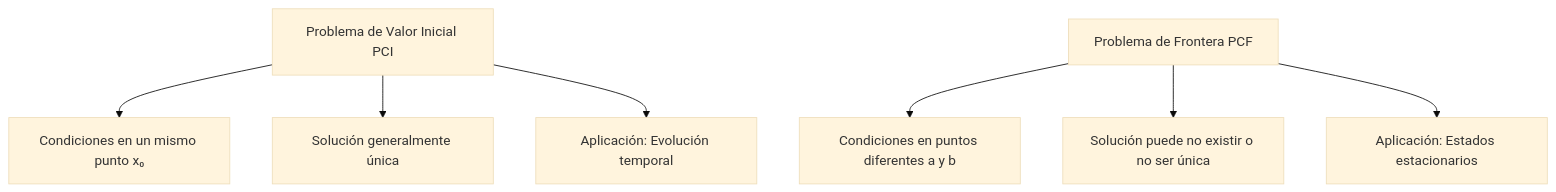
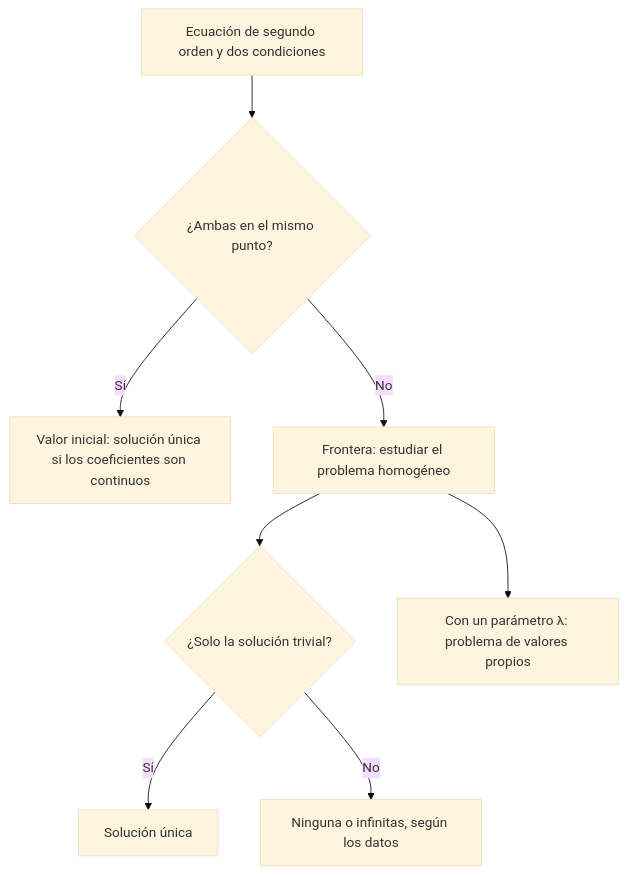
One commit to djaimej/computer-science-template changed the diagram in public/documents/semester-4/3/4331.md. Above: the diagram before and after it, drawn with Mermaid (base theme). The commit also changed other lines of this file and 4 other files, not shown here.

````diff
--- a/public/documents/semester-4/3/4331.md
+++ b/public/documents/semester-4/3/4331.md
@@ -45,10 +72,10 @@
 ```mermaid
 flowchart TD
-    A[Problema de Valor Inicial PCI] --> B[Condiciones en un mismo punto x₀]
-    A --> C[Solución generalmente única]
-    A --> D[Aplicación: Evolución temporal]
-
-    E[Problema de Frontera PCF] --> F[Condiciones en puntos diferentes a y b]
-    E --> G[Solución puede no existir o no ser única]
-    E --> H[Aplicación: Estados estacionarios]
+    A["Ecuación de segundo orden y dos condiciones"] --> B{"¿Ambas en el mismo punto?"}
+    B -->|Sí| C["Valor inicial: solución única si los coeficientes son continuos"]
+    B -->|No| D["Frontera: estudiar el problema homogéneo"]
+    D --> E{"¿Solo la solución trivial?"}
+    E -->|Sí| F["Solución única"]
+    E -->|No| G["Ninguna o infinitas, según los datos"]
+    D --> H["Con un parámetro λ: problema de valores propios"]
 ```
````
